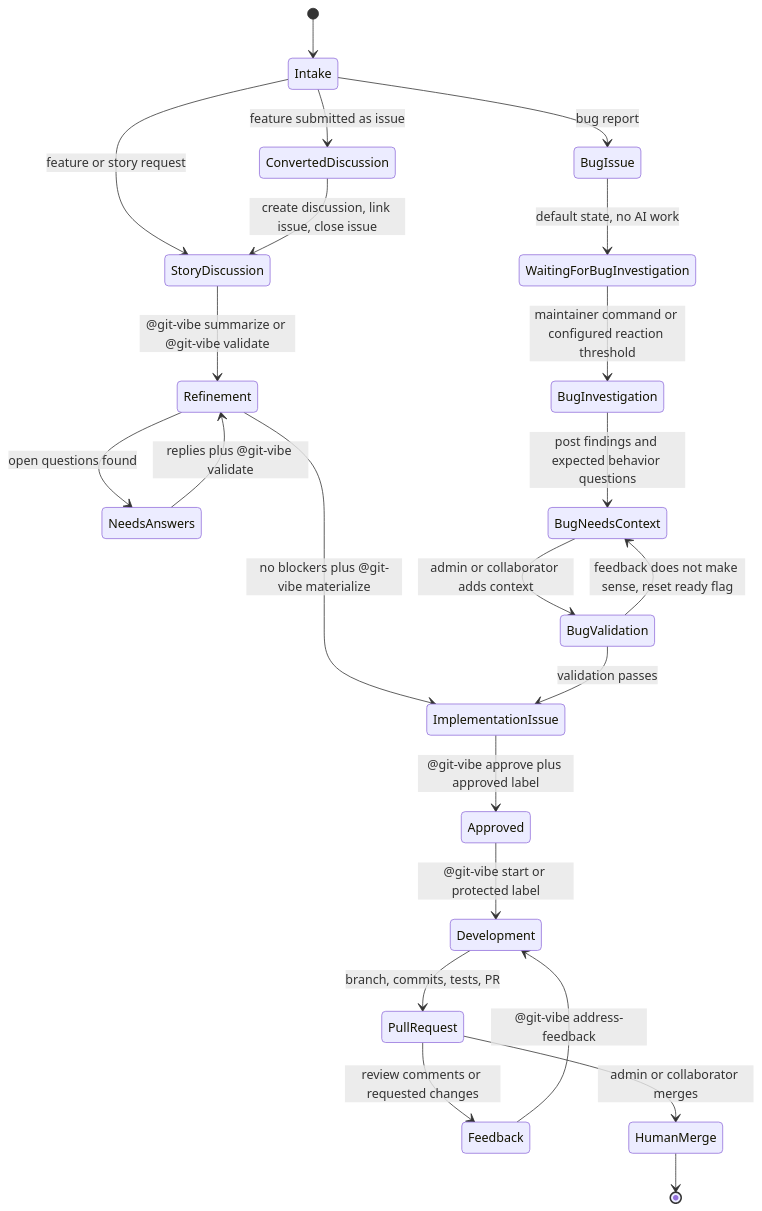
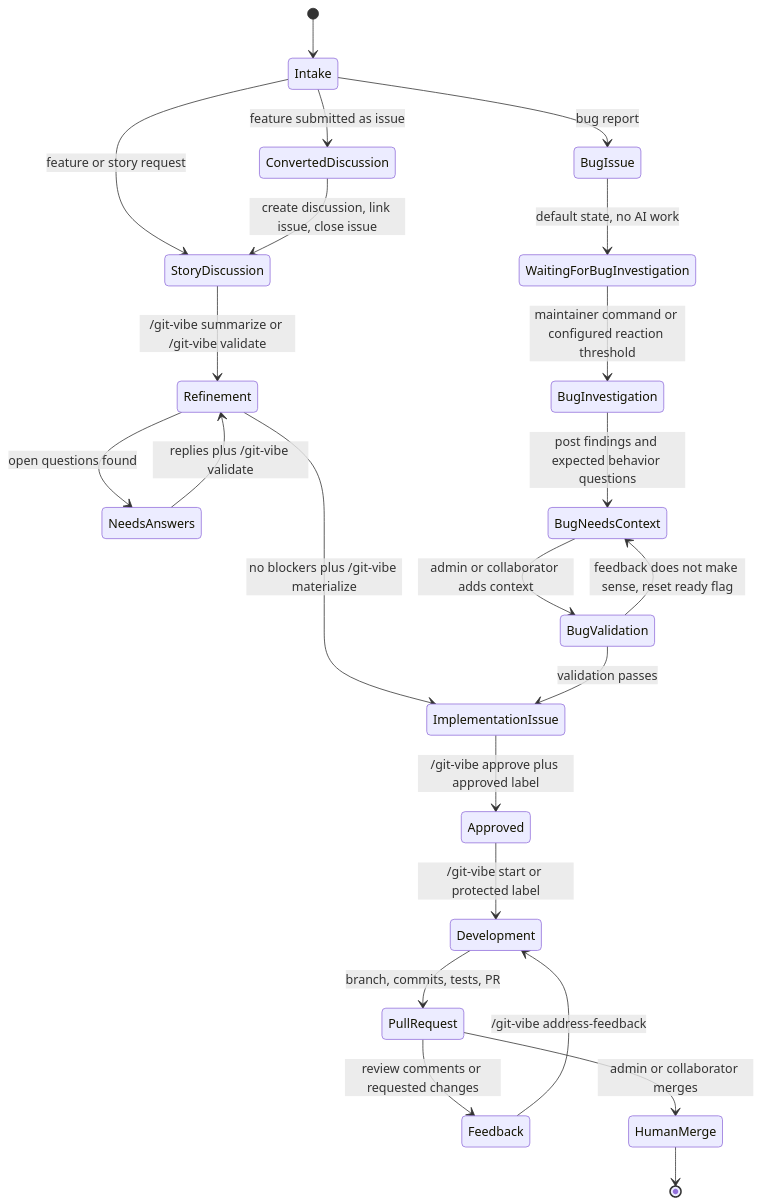
Before and after one commit to markhuangai/git-vibe: the first of 5 diagrams in docs/WORKFLOW.md, drawn with Mermaid. The commit also changed other lines of this file and 16 other files, not shown here.

````diff
--- a/docs/WORKFLOW.md
+++ b/docs/WORKFLOW.md
@@ -5,32 +5,32 @@
 ```mermaid
 stateDiagram-v2
   [*] --> Intake
 
   Intake --> BugIssue: bug report
   Intake --> StoryDiscussion: feature or story request
 
   Intake --> ConvertedDiscussion: feature submitted as issue
   ConvertedDiscussion --> StoryDiscussion: create discussion, link issue, close issue
 
-  StoryDiscussion --> Refinement: @git-vibe summarize or @git-vibe validate
+  StoryDiscussion --> Refinement: /git-vibe summarize or /git-vibe validate
   Refinement --> NeedsAnswers: open questions found
-  NeedsAnswers --> Refinement: replies plus @git-vibe validate
-  Refinement --> ImplementationIssue: no blockers plus @git-vibe materialize
+  NeedsAnswers --> Refinement: replies plus /git-vibe validate
+  Refinement --> ImplementationIssue: no blockers plus /git-vibe materialize
 
   BugIssue --> WaitingForBugInvestigation: default state, no AI work
   WaitingForBugInvestigation --> BugInvestigation: maintainer command or configured reaction threshold
   BugInvestigation --> BugNeedsContext: post findings and expected behavior questions
   BugNeedsContext --> BugValidation: admin or collaborator adds context
   BugValidation --> BugNeedsContext: feedback does not make sense, reset ready flag
   BugValidation --> ImplementationIssue: validation passes
 
-  ImplementationIssue --> Approved: @git-vibe approve plus approved label
-  Approved --> Development: @git-vibe start or protected label
+  ImplementationIssue --> Approved: /git-vibe approve plus approved label
+  Approved --> Development: /git-vibe start or protected label
 
   Development --> PullRequest: branch, commits, tests, PR
   PullRequest --> Feedback: review comments or requested changes
-  Feedback --> Development: @git-vibe address-feedback
+  Feedback --> Development: /git-vibe address-feedback
   PullRequest --> HumanMerge: admin or collaborator merges
 
   HumanMerge --> [*]
 ```
````
